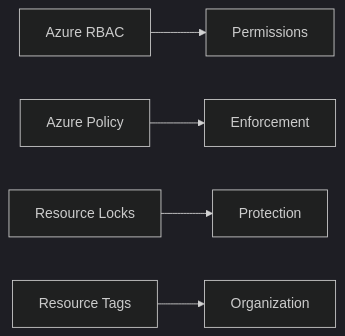
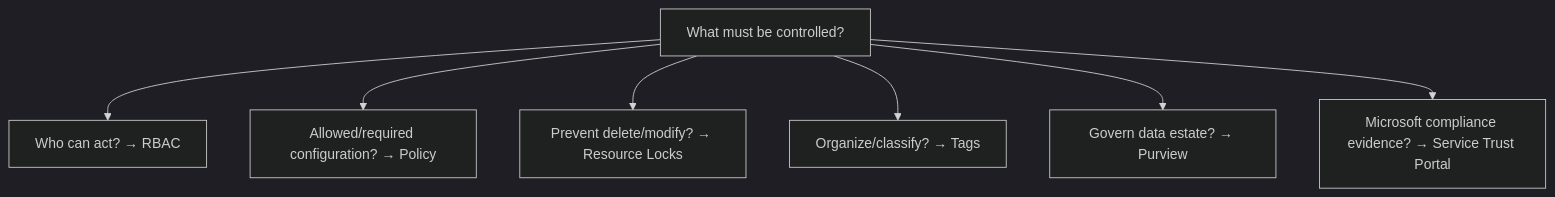
One commit to zhyordanova/azure-fundamentals-handbook changed the ninth of 14 diagrams in exam/concept-map/concept-map.md. Above: the diagram before and after it, drawn with Mermaid (dark theme). The commit also changed other lines of this file and 1 other file, not shown here.

````diff
--- a/exam/concept-map/concept-map.md
+++ b/exam/concept-map/concept-map.md
@@ -292,11 +296,10 @@
 ```mermaid
-flowchart LR
-
-    RBAC["Azure RBAC"] --> PERM["Permissions"]
-
-    POLICY["Azure Policy"] --> ENF["Enforcement"]
-
-    LOCKS["Resource Locks"] --> PROT["Protection"]
-
-    TAGS["Resource Tags"] --> ORG["Organization"]
+flowchart TD
+    A["What must be controlled?"]
+    A --> WHO["Who can act? → RBAC"]
+    A --> CONF["Allowed/required configuration? → Policy"]
+    A --> PROT["Prevent delete/modify? → Resource Locks"]
+    A --> META["Organize/classify? → Tags"]
+    A --> DATA["Govern data estate? → Purview"]
+    A --> DOC["Microsoft compliance evidence? → Service Trust Portal"]
 ```
````
